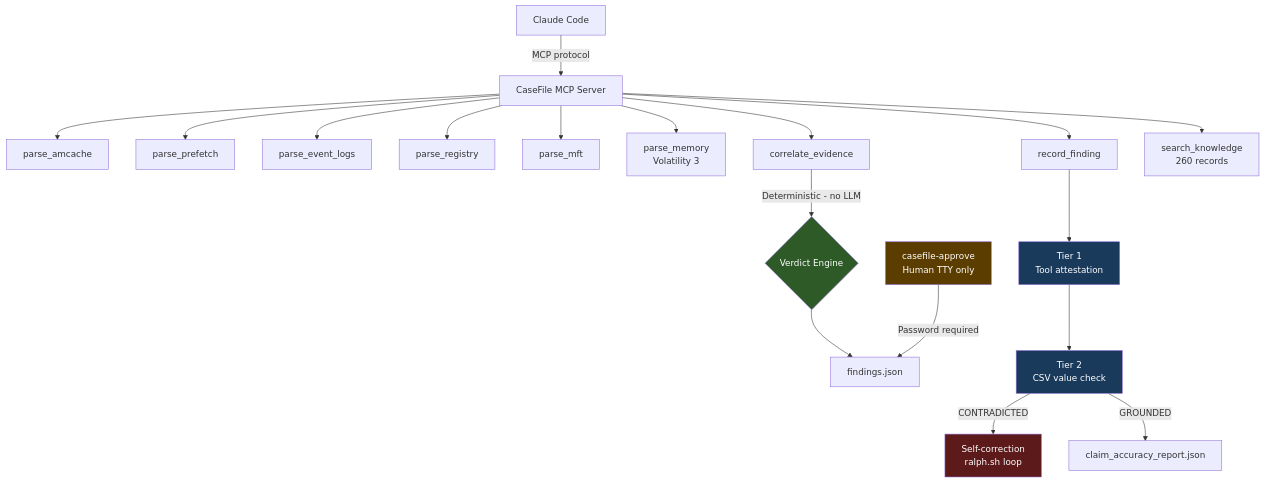
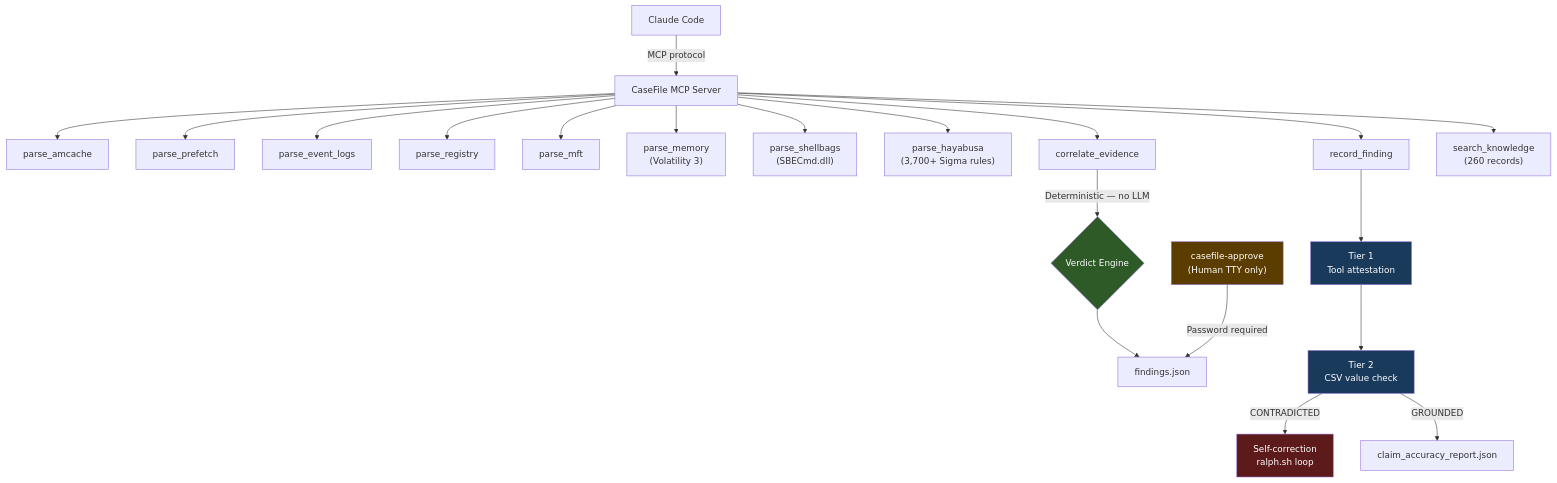
Before and after one commit to nurusyda/casefile: the second of 2 diagrams in README.md, drawn with Mermaid. The commit also changed other lines of this file, not shown here.

Commit message:
docs: expand README — workflow, sequence diagram, case dir structure, dependencies, honest limitations

````diff
--- a/README.md
+++ b/README.md
@@ -65,30 +113,32 @@
 ```mermaid
 graph TD
     A[Claude Code] -->|MCP protocol| B[CaseFile MCP Server]
 
     B --> C[parse_amcache]
     B --> D[parse_prefetch]
     B --> E[parse_event_logs]
     B --> F[parse_registry]
     B --> G[parse_mft]
-    B --> H[parse_memory\nVolatility 3]
+    B --> H["parse_memory\n(Volatility 3)"]
+    B --> SB["parse_shellbags\n(SBECmd.dll)"]
+    B --> HY["parse_hayabusa\n(3,700+ Sigma rules)"]
     B --> I[correlate_evidence]
     B --> J[record_finding]
-    B --> K[search_knowledge\n260 records]
+    B --> K["search_knowledge\n(260 records)"]
 
-    I -->|Deterministic - no LLM| L{Verdict Engine}
+    I -->|"Deterministic — no LLM"| L{Verdict Engine}
     L --> M[findings.json]
 
-    J --> N[Tier 1\nTool attestation]
-    N --> O[Tier 2\nCSV value check]
-    O -->|CONTRADICTED| P[Self-correction\nralph.sh loop]
+    J --> N["Tier 1\nTool attestation"]
+    N --> O["Tier 2\nCSV value check"]
+    O -->|CONTRADICTED| P["Self-correction\nralph.sh loop"]
     O -->|GROUNDED| Q[claim_accuracy_report.json]
 
-    R[casefile-approve\nHuman TTY only] -->|Password required| M
+    R["casefile-approve\n(Human TTY only)"] -->|Password required| M
 
     style L fill:#2d5a27,color:#fff
     style N fill:#1a3a5c,color:#fff
     style O fill:#1a3a5c,color:#fff
     style P fill:#5c1a1a,color:#fff
     style R fill:#5c3d00,color:#fff
 ```
````
